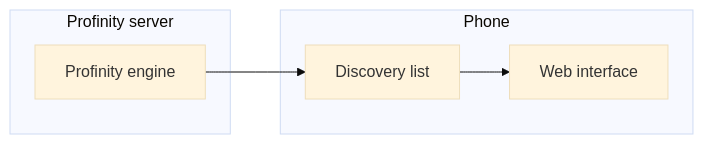
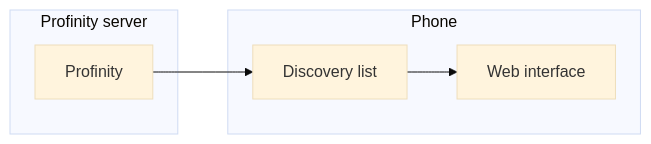
Before and after one commit to Prohelion/prohelion.github.io: the diagram in docs/Profinity_Software/Profinity_Version_2.3/Mobile/index.md, drawn with Mermaid (base theme). The commit also changed other lines of this file and 224 other files, not shown here.

````diff
--- a/docs/Profinity_Software/Profinity_Version_2.3/Mobile/index.md
+++ b/docs/Profinity_Software/Profinity_Version_2.3/Mobile/index.md
@@ -15,10 +15,10 @@
 ```mermaid
 flowchart LR
     subgraph Server["Profinity server"]
-        Engine["Profinity engine"]
+        Engine["Profinity"]
     end
     subgraph Phone["Phone"]
         List["Discovery list"] --> Interface["Web interface"]
     end
     Engine --> List
 ```
````
